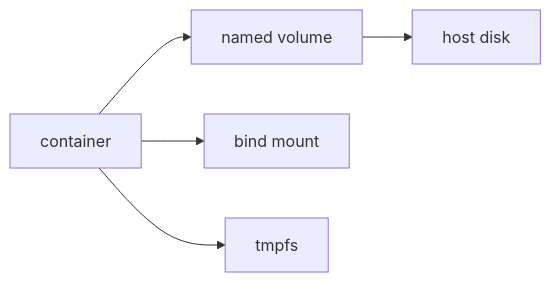
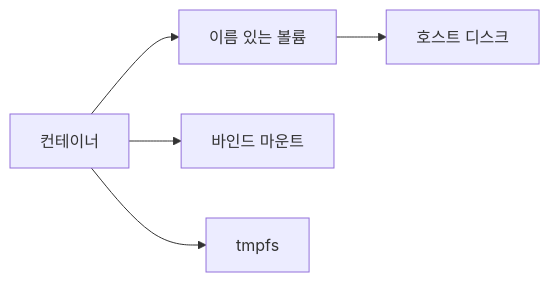
The diagram in content/containers-101/ko/05-volume.md (yeongseon-books/book-content), drawn with Mermaid before and after one commit. The commit also changed other lines of this file and 4 other files, not shown here.

````diff
--- a/content/containers-101/ko/05-volume.md
+++ b/content/containers-101/ko/05-volume.md
@@ -33,7 +47,7 @@
 ```mermaid
 flowchart LR
-    Container["container"] --> Volume["named volume"]
-    Container --> Bind["bind mount"]
+    Container["컨테이너"] --> Volume["이름 있는 볼륨"]
+    Container --> Bind["바인드 마운트"]
     Container --> Tmpfs["tmpfs"]
-    Volume --> Disk["host disk"]
+    Volume --> Disk["호스트 디스크"]
 ```
````
